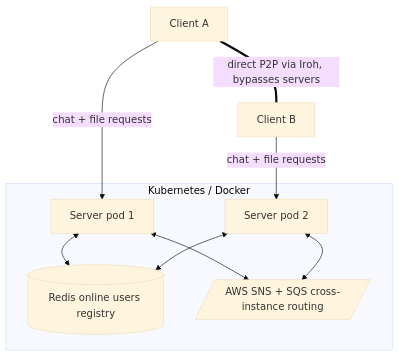
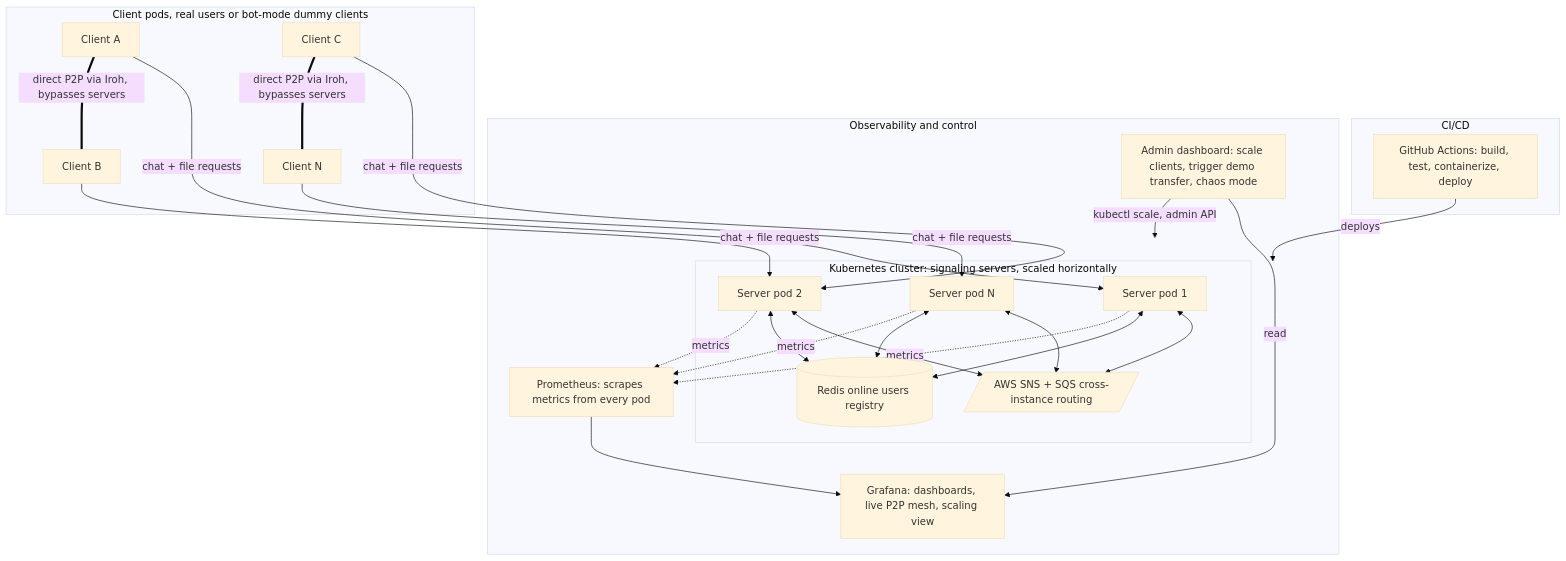
The diagram in README.md (shobhit157/Aperture), drawn with Mermaid (base theme) before and after one commit. The commit also changed other lines of this file, not shown here.

Commit message:
Enhance README with architecture and user transition details
Expanded the architecture section to include CI/CD, observability, and client scaling details. Updated tech stack and added a new section on transitioning to real users.

````diff
--- a/README.md
+++ b/README.md
@@ -11,17 +11,48 @@
 ```mermaid
 flowchart TB
-    subgraph Servers["Kubernetes / Docker"]
+    subgraph CICD["CI/CD"]
+        GH[GitHub Actions: build, test, containerize, deploy]
+    end
+
+    subgraph Servers["Kubernetes cluster: signaling servers, scaled horizontally"]
         S1[Server pod 1]
         S2[Server pod 2]
+        S3[Server pod N]
         R[(Redis online users registry)]
         SNS[/AWS SNS + SQS cross-instance routing/]
         S1 <--> SNS
         S2 <--> SNS
+        S3 <--> SNS
         S1 <--> R
         S2 <--> R
+        S3 <--> R
     end
 
-    A[Client A] -->|chat + file requests| S1
-    B[Client B] -->|chat + file requests| S2
+    subgraph Observability["Observability and control"]
+        P[Prometheus: scrapes metrics from every pod]
+        G[Grafana: dashboards, live P2P mesh, scaling view]
+        AD[Admin dashboard: scale clients, trigger demo transfer, chaos mode]
+        P --> G
+        AD -->|kubectl scale, admin API| Servers
+        AD -->|read| G
+    end
+
+    subgraph Clients["Client pods, real users or bot-mode dummy clients"]
+        A[Client A]
+        B[Client B]
+        C[Client C]
+        D[Client N]
+    end
+
+    GH -->|deploys| Servers
+    S1 -.metrics.-> P
+    S2 -.metrics.-> P
+    S3 -.metrics.-> P
+
+    A -->|chat + file requests| S1
+    B -->|chat + file requests| S2
+    C -->|chat + file requests| S2
+    D -->|chat + file requests| S3
     A ===|direct P2P via Iroh, bypasses servers| B
+    C ===|direct P2P via Iroh, bypasses servers| D
 ```
````
